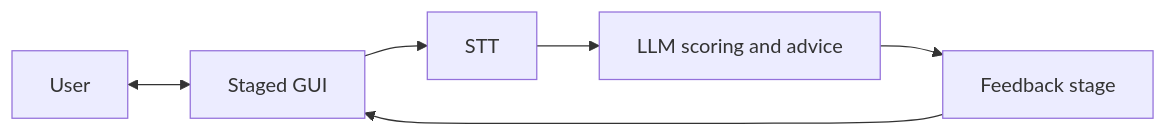
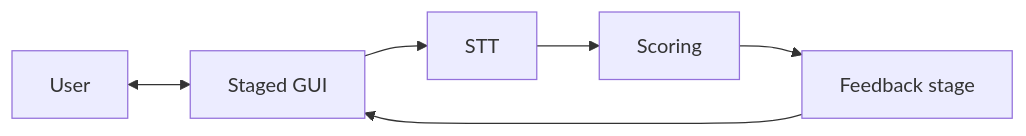
Before and after one commit to louis-li-builds/mock-interview-coach-stt-star-feedback-scoring-nlp-uts-project: the diagram in docs/en/README.md, drawn with Mermaid. The commit also changed other lines of this file and 10 other files, not shown here.

First line of the commit message:
docs: add SCORING and STT canonical specs, align guides

````diff
--- a/docs/en/README.md
+++ b/docs/en/README.md
@@ -35,14 +37,14 @@
 ```mermaid
 flowchart LR
   U[User]
   G[Staged GUI]
   STT[STT]
-  LLM[LLM scoring and advice]
+  SC[Scoring]
   FB[Feedback stage]
 
   U <--> G
   G --> STT
-  STT --> LLM
-  LLM --> FB
+  STT --> SC
+  SC --> FB
   FB --> G
 ```
````
